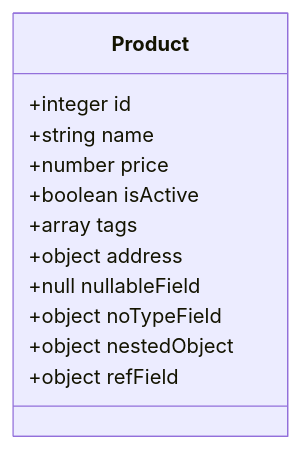
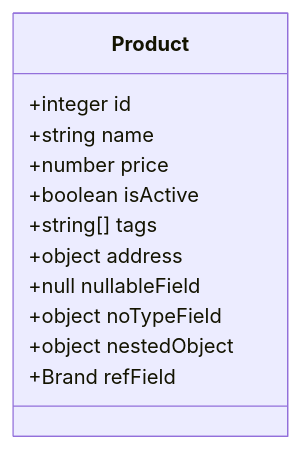
One commit to RESTyard/RESTyard changed the diagram in Source/RESTyard.Schema.Test/MermaidMapperTests.ToClassDiagram_VariousPropertyTypes.verified.md. Above: the diagram before and after it, drawn with Mermaid. The commit also changed 23 other files, not shown here.

Commit message:
Improve schema mappers: use JsonSchema.Net, add definitions section, enum/format/default display, entity backlinks, and action result column

````diff
--- a/Source/RESTyard.Schema.Test/MermaidMapperTests.ToClassDiagram_VariousPropertyTypes.verified.md
+++ b/Source/RESTyard.Schema.Test/MermaidMapperTests.ToClassDiagram_VariousPropertyTypes.verified.md
@@ -1,15 +1,15 @@
 ```mermaid
 classDiagram
     class Product {
         +integer id
         +string name
         +number price
         +boolean isActive
-        +array tags
+        +string[] tags
         +object address
         +null nullableField
         +object noTypeField
         +object nestedObject
-        +object refField
+        +Brand refField
     }
 ```
````
